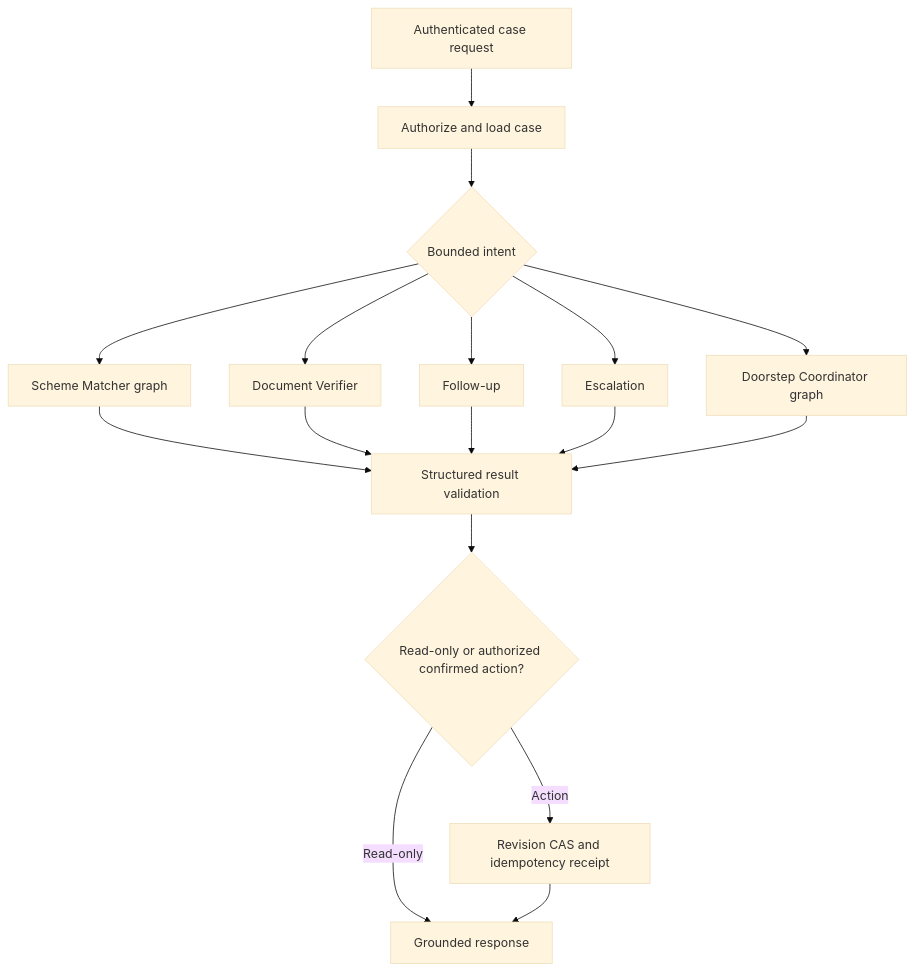
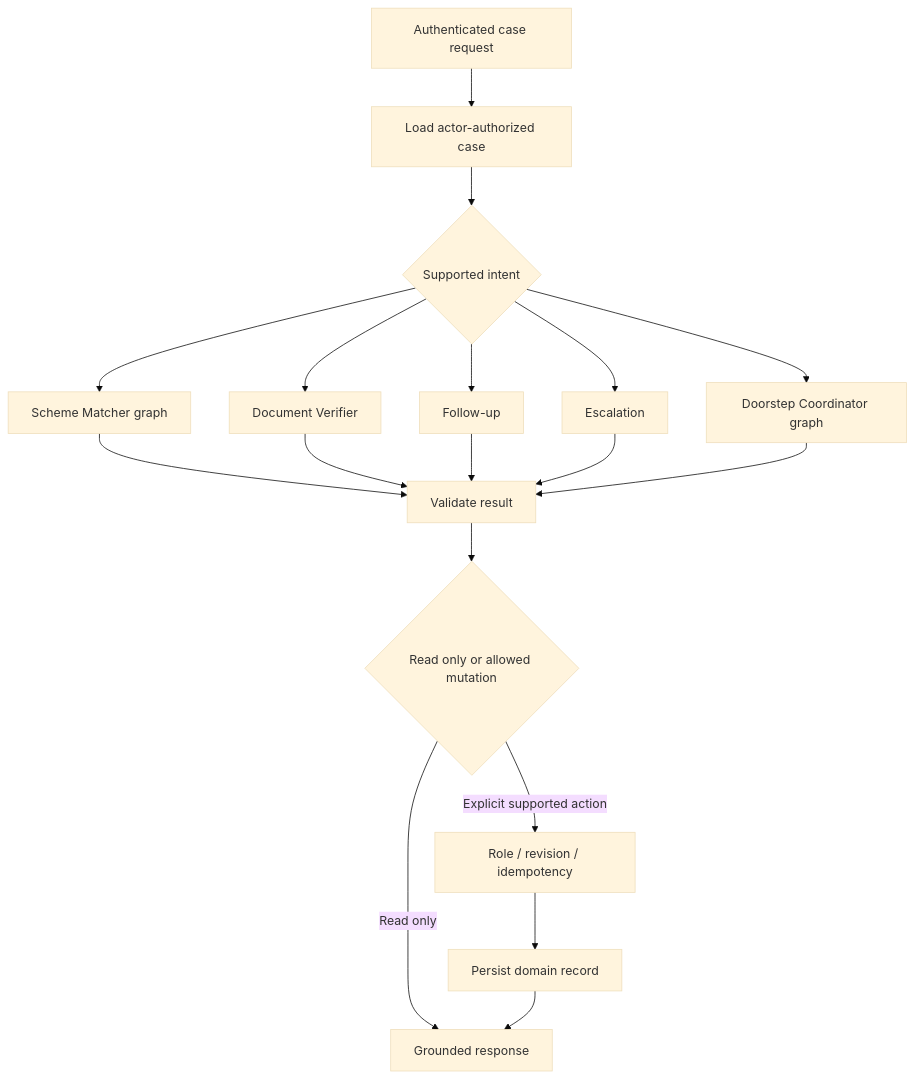
One commit to Dhroovs/YojanaSetu changed the first of 6 diagrams in docs/AGENTS.md. Above: the diagram before and after it, drawn with Mermaid (base theme). The commit also changed other lines of this file and 47 other files, not shown here.

````diff
--- a/docs/AGENTS.md
+++ b/docs/AGENTS.md
@@ -14,19 +7,20 @@
 ```mermaid
 flowchart TD
-  Request[Authenticated case request] --> Context[Authorize and load case]
-  Context --> Route{Bounded intent}
-  Route --> Scheme[Scheme Matcher graph]
+  Request[Authenticated case request] --> Load[Load actor-authorized case]
+  Load --> Route{Supported intent}
+  Route --> Matcher[Scheme Matcher graph]
   Route --> Docs[Document Verifier]
   Route --> Follow[Follow-up]
   Route --> Esc[Escalation]
-  Route --> Seva[Doorstep Coordinator graph]
-  Scheme --> Validate[Structured result validation]
-  Docs --> Validate
-  Follow --> Validate
-  Esc --> Validate
-  Seva --> Validate
-  Validate --> Human{Read-only or authorized confirmed action?}
-  Human -->|Read-only| Response[Grounded response]
-  Human -->|Action| CAS[Revision CAS and idempotency receipt]
-  CAS --> Response
+  Route --> Door[Doorstep Coordinator graph]
+  Matcher --> Check[Validate result]
+  Docs --> Check
+  Follow --> Check
+  Esc --> Check
+  Door --> Check
+  Check --> Apply{Read only or allowed mutation}
+  Apply -->|Read only| Return[Grounded response]
+  Apply -->|Explicit supported action| Guard[Role / revision / idempotency]
+  Guard --> Store[Persist domain record]
+  Store --> Return
 ```
````
